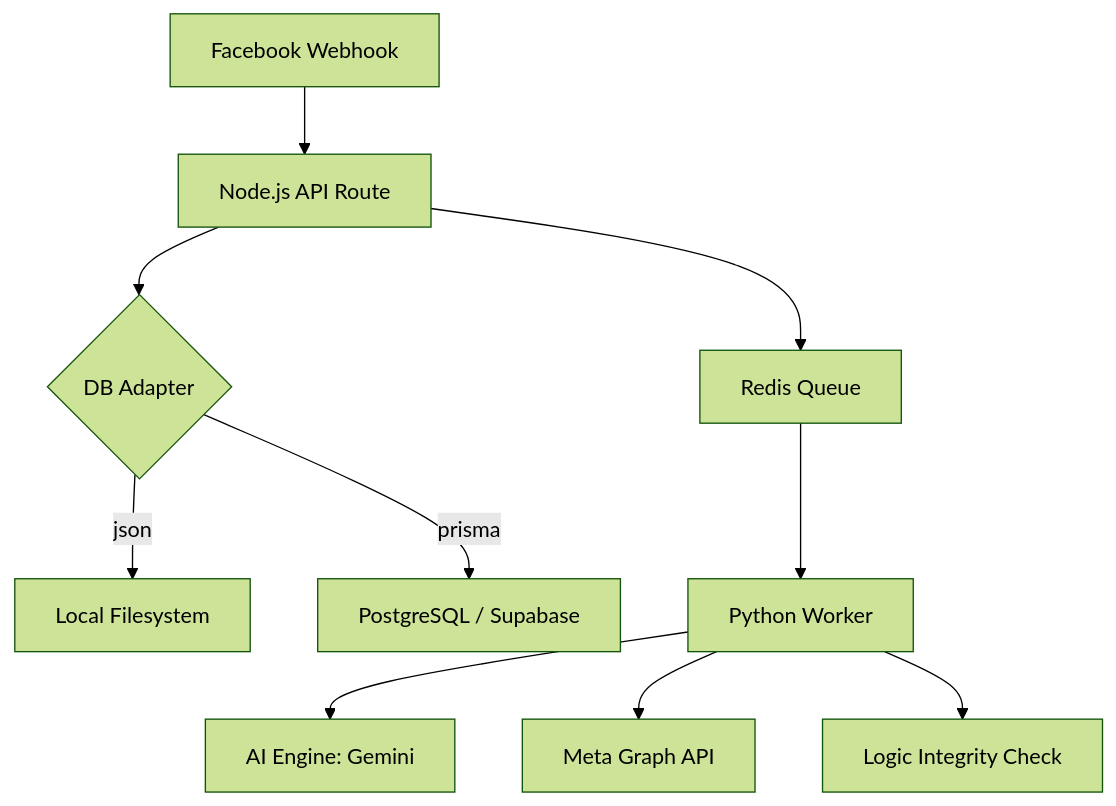
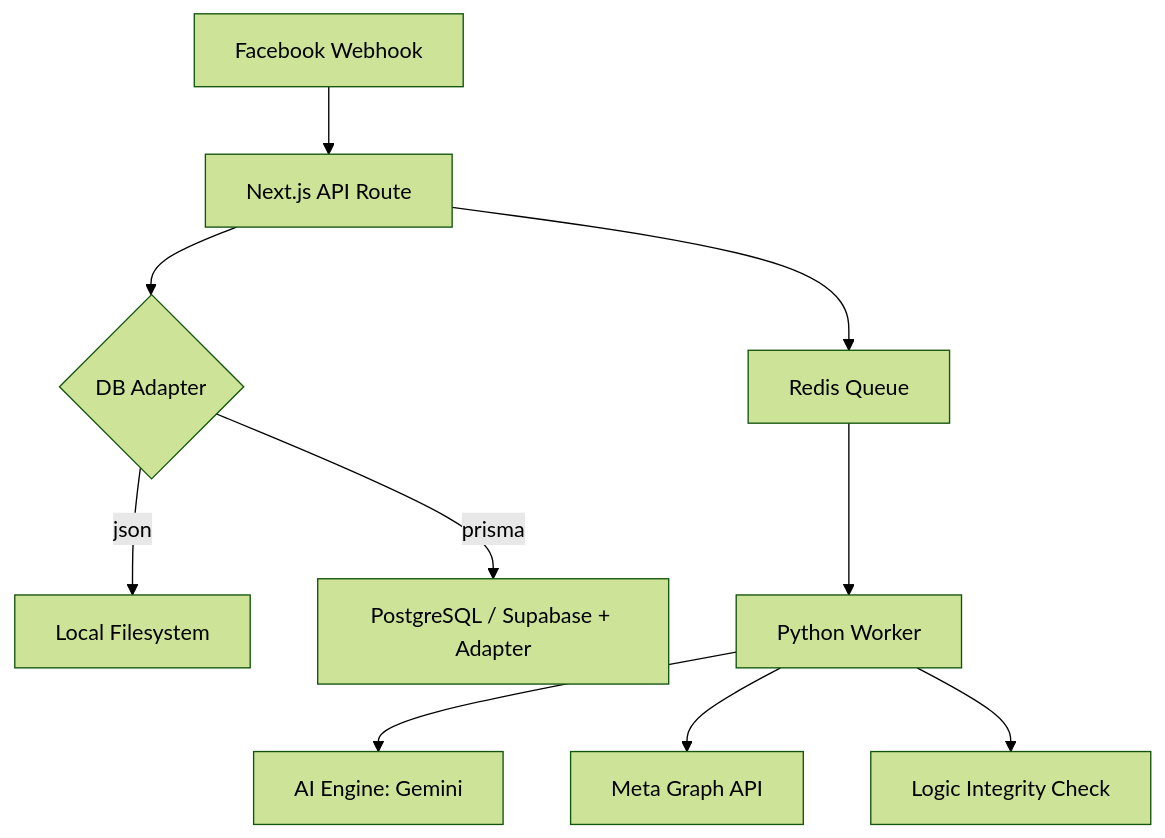
One commit to Freshair129/Data_hub_EVA changed the first of 4 diagrams in docs/overview.md. Above: the diagram before and after it, drawn with Mermaid (forest theme). The commit also changed other lines of this file and 41 other files, not shown here.

````diff
--- a/docs/overview.md
+++ b/docs/overview.md
@@ -7,12 +12,12 @@
 ```mermaid
 graph TD
-    A[Facebook Webhook] --> B[Node.js API Route]
+    A[Facebook Webhook] --> B[Next.js API Route]
     B --> C{DB Adapter}
     C -->|json| D[Local Filesystem]
-    C -->|prisma| E[PostgreSQL / Supabase]
+    C -->|prisma| E[PostgreSQL / Supabase + Adapter]
     B --> F[Redis Queue]
     F --> G[Python Worker]
     G --> H[AI Engine: Gemini]
     G --> I[Meta Graph API]
     G --> J[Logic Integrity Check]
 ```
````
